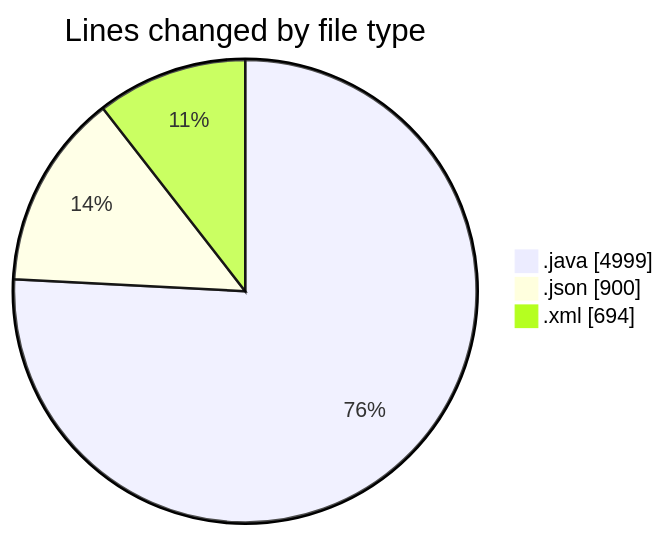
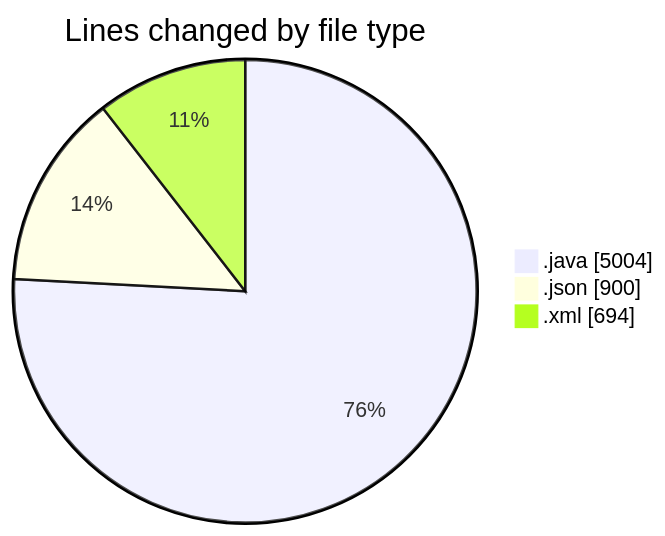
One commit to ricardozamudiocil/code-tracking changed the first of 2 diagrams in 2026-03-31/cilapp/README.md. Above: the diagram before and after it, drawn with Mermaid. The commit also changed other lines of this file and 1 other file, not shown here.

````diff
--- a/2026-03-31/cilapp/README.md
+++ b/2026-03-31/cilapp/README.md
@@ -25,7 +25,7 @@
 ```mermaid
 pie showData
 title Lines changed by file type
-".java" : 4999
+".java" : 5004
 ".json" : 900
 ".xml" : 694
 ```
````
